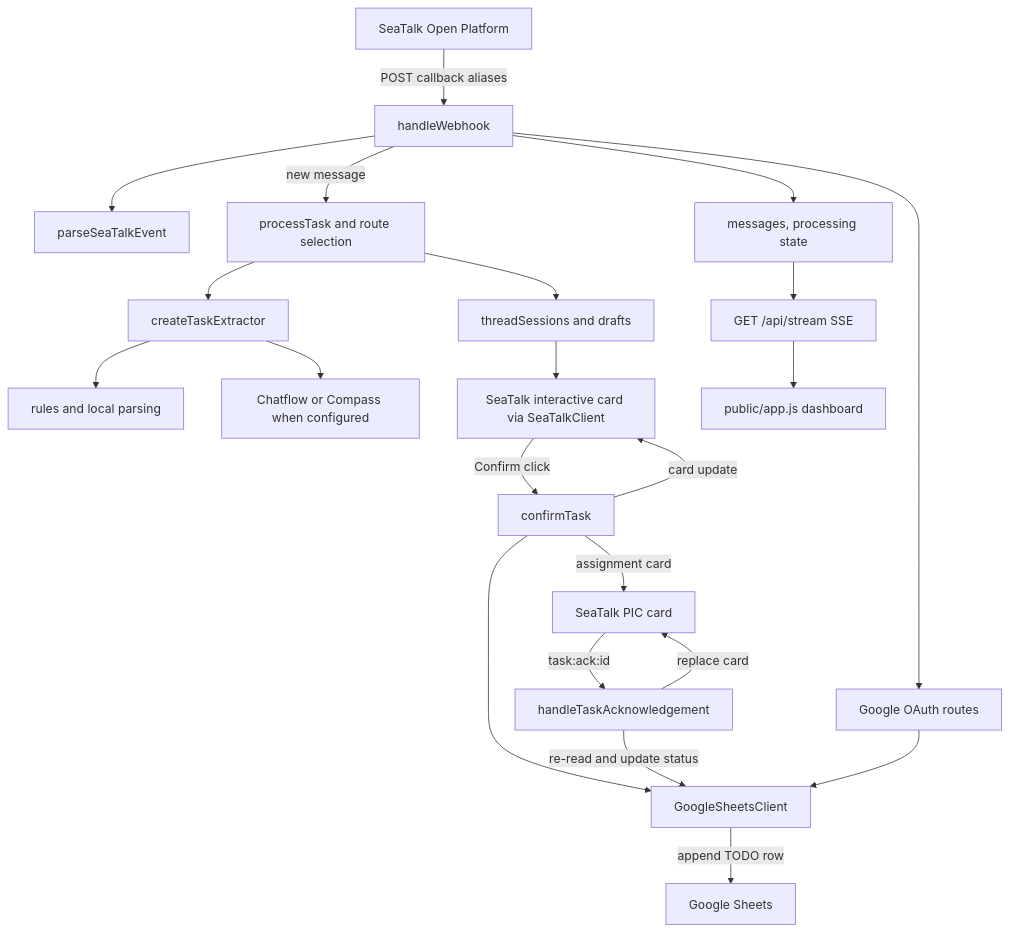
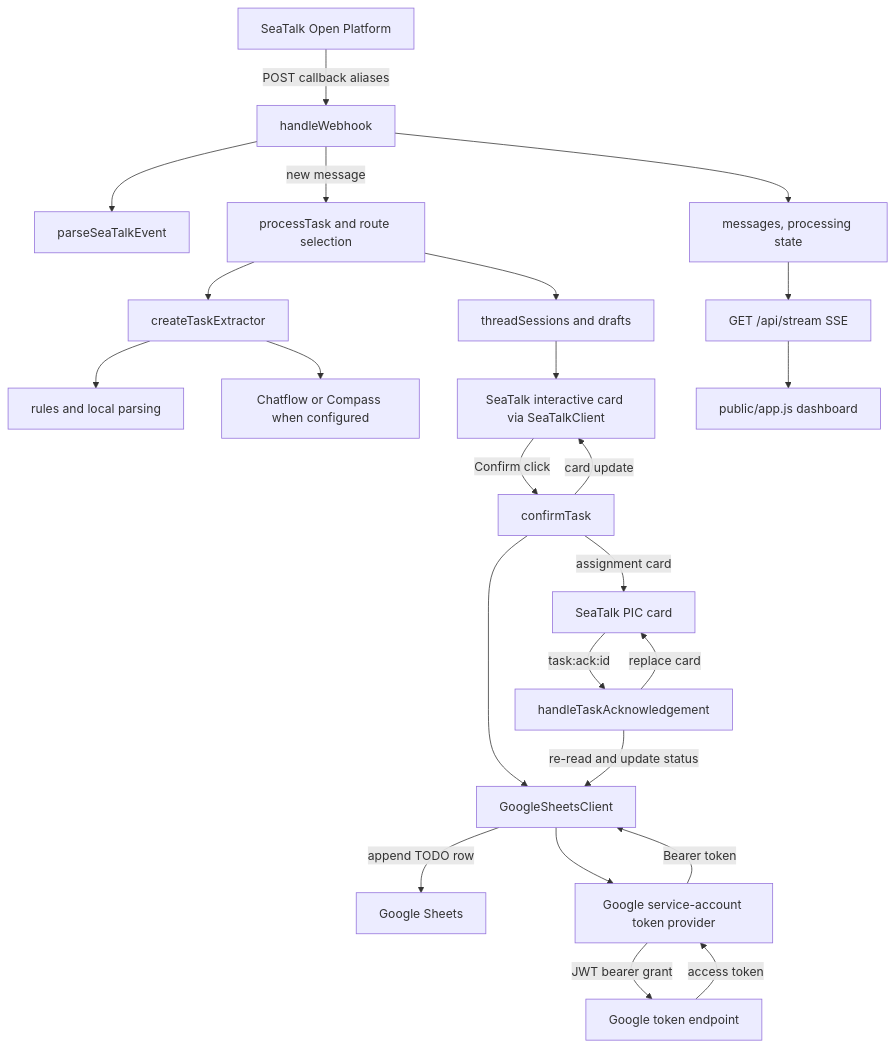
Before and after one commit to baotrangia-ctv/Duck: the diagram in docs/architecture.md, drawn with Mermaid. The commit also changed other lines of this file and 20 other files, not shown here.

First line of the commit message:
feat(sheets)!: replace google oauth with a service account

````diff
--- a/docs/architecture.md
+++ b/docs/architecture.md
@@ -5,24 +5,26 @@
 ```mermaid
 flowchart TD
   ST[SeaTalk Open Platform] -->|POST callback aliases| WH[handleWebhook]
   WH --> PARSE[parseSeaTalkEvent]
   WH -->|new message| ROUTE[processTask and route selection]
   ROUTE --> EXT[createTaskExtractor]
   EXT --> RULES[rules and local parsing]
   EXT --> CHAT[Chatflow or Compass when configured]
   ROUTE --> SESSION[threadSessions and drafts]
   SESSION --> CARD[SeaTalk interactive card via SeaTalkClient]
   CARD -->|Confirm click| CONF[confirmTask]
   CONF --> GS[GoogleSheetsClient]
   GS -->|append TODO row| SHEET[Google Sheets]
   CONF -->|assignment card| PIC[SeaTalk PIC card]
   PIC -->|task:ack:id| ACK[handleTaskAcknowledgement]
   ACK -->|re-read and update status| GS
   ACK -->|replace card| PIC
   CONF -->|card update| CARD
   WH --> STORE[messages, processing state]
   STORE --> SSE["GET /api/stream SSE"]
   SSE --> DASH[public/app.js dashboard]
-  WH --> OAUTH[Google OAuth routes]
-  OAUTH --> GS
+  GS --> SA[Google service-account token provider]
+  SA -->|JWT bearer grant| GT[Google token endpoint]
+  GT -->|access token| SA
+  SA -->|Bearer token| GS
 ```
````
